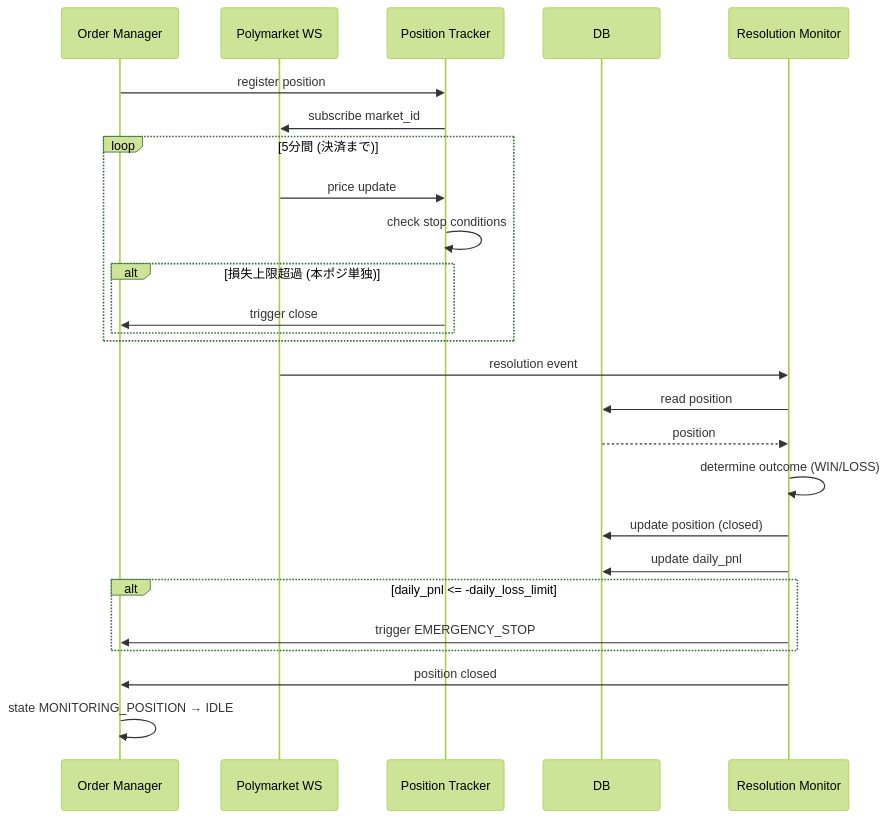
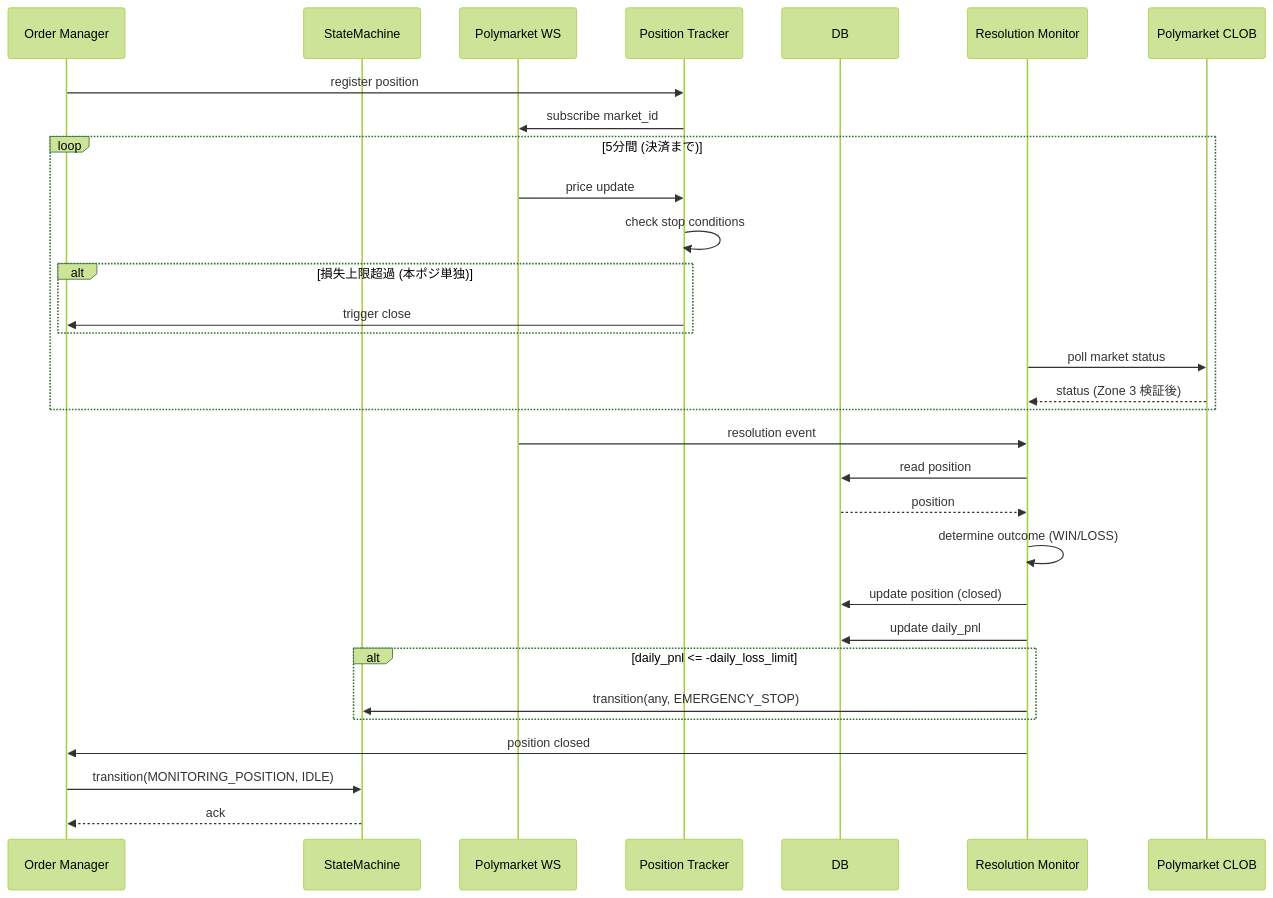
Before and after one commit to matrix9neonebuchadnezzar2199-sketch/YoRuu: the third of 7 diagrams in docs/design/06_sequence.md, drawn with Mermaid (forest theme). The commit also changed other lines of this file and 6 other files, not shown here.

````diff
--- a/docs/design/06_sequence.md
+++ b/docs/design/06_sequence.md
@@ -126,29 +131,34 @@
 ```mermaid
 sequenceDiagram
     participant OM as Order Manager
+    participant SM as StateMachine
     participant WSC as Polymarket WS
     participant PT as Position Tracker
     participant DB
     participant RM as Resolution Monitor
+    participant PM as Polymarket CLOB
 
     OM->>PT: register position
     PT->>WSC: subscribe market_id
     loop 5分間 (決済まで)
         WSC->>PT: price update
         PT->>PT: check stop conditions
         alt 損失上限超過 (本ポジ単独)
             PT->>OM: trigger close
         end
+        RM->>PM: poll market status
+        PM-->>RM: status (Zone 3 検証後)
     end
     WSC->>RM: resolution event
     RM->>DB: read position
     DB-->>RM: position
     RM->>RM: determine outcome (WIN/LOSS)
     RM->>DB: update position (closed)
     RM->>DB: update daily_pnl
     alt daily_pnl <= -daily_loss_limit
-        RM->>OM: trigger EMERGENCY_STOP
+        RM->>SM: transition(any, EMERGENCY_STOP)
     end
     RM->>OM: position closed
-    OM->>OM: state MONITORING_POSITION → IDLE
+    OM->>SM: transition(MONITORING_POSITION, IDLE)
+    SM-->>OM: ack
 ```
````
